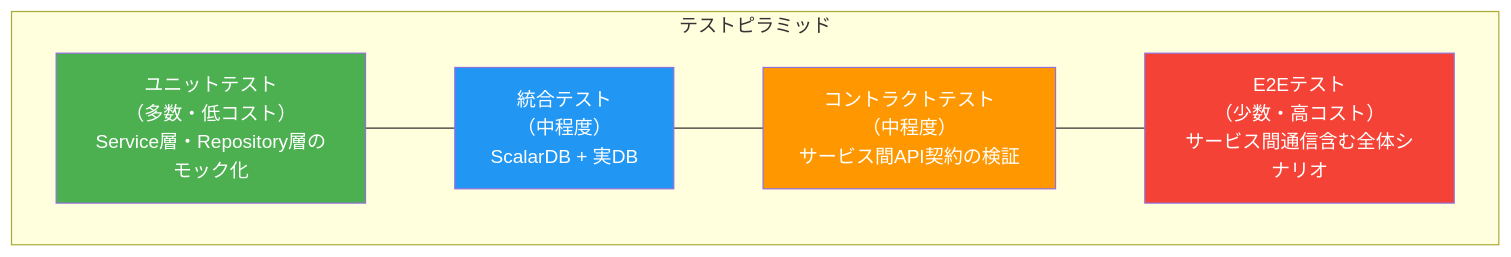
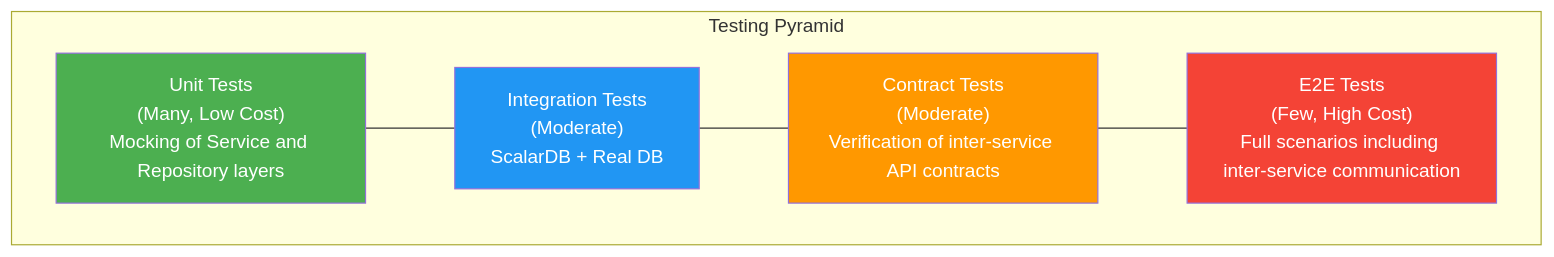
Before and after one commit to wfukatsu/nexus-architect: the first of 2 diagrams in workflow/greenfield/12_testing_strategy.md, drawn with Mermaid. The commit also changed other lines of this file, not shown here.

Commit message:
docs: Translate step 12 (testing strategy) to English

````diff
--- a/workflow/greenfield/12_testing_strategy.md
+++ b/workflow/greenfield/12_testing_strategy.md
@@ -35,18 +35,18 @@
 ```mermaid
 graph TB
-    subgraph テストピラミッド
-        E2E["E2Eテスト<br/>（少数・高コスト）<br/>サービス間通信含む全体シナリオ"]
-        CONTRACT["コントラクトテスト<br/>（中程度）<br/>サービス間API契約の検証"]
-        INTEGRATION["統合テスト<br/>（中程度）<br/>ScalarDB + 実DB"]
-        UNIT["ユニットテスト<br/>（多数・低コスト）<br/>Service層・Repository層のモック化"]
+    subgraph Testing Pyramid
+        E2E["E2E Tests<br/>(Few, High Cost)<br/>Full scenarios including inter-service communication"]
+        CONTRACT["Contract Tests<br/>(Moderate)<br/>Verification of inter-service API contracts"]
+        INTEGRATION["Integration Tests<br/>(Moderate)<br/>ScalarDB + Real DB"]
+        UNIT["Unit Tests<br/>(Many, Low Cost)<br/>Mocking of Service and Repository layers"]
     end
 
     UNIT --- INTEGRATION
     INTEGRATION --- CONTRACT
     CONTRACT --- E2E
 
     style UNIT fill:#4CAF50,color:#fff
     style INTEGRATION fill:#2196F3,color:#fff
     style CONTRACT fill:#FF9800,color:#fff
     style E2E fill:#F44336,color:#fff
 ```
````
